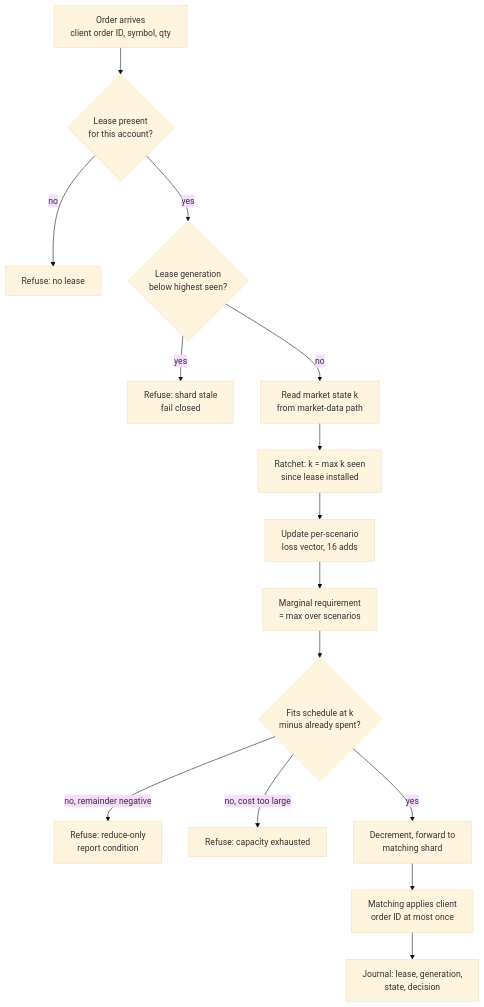
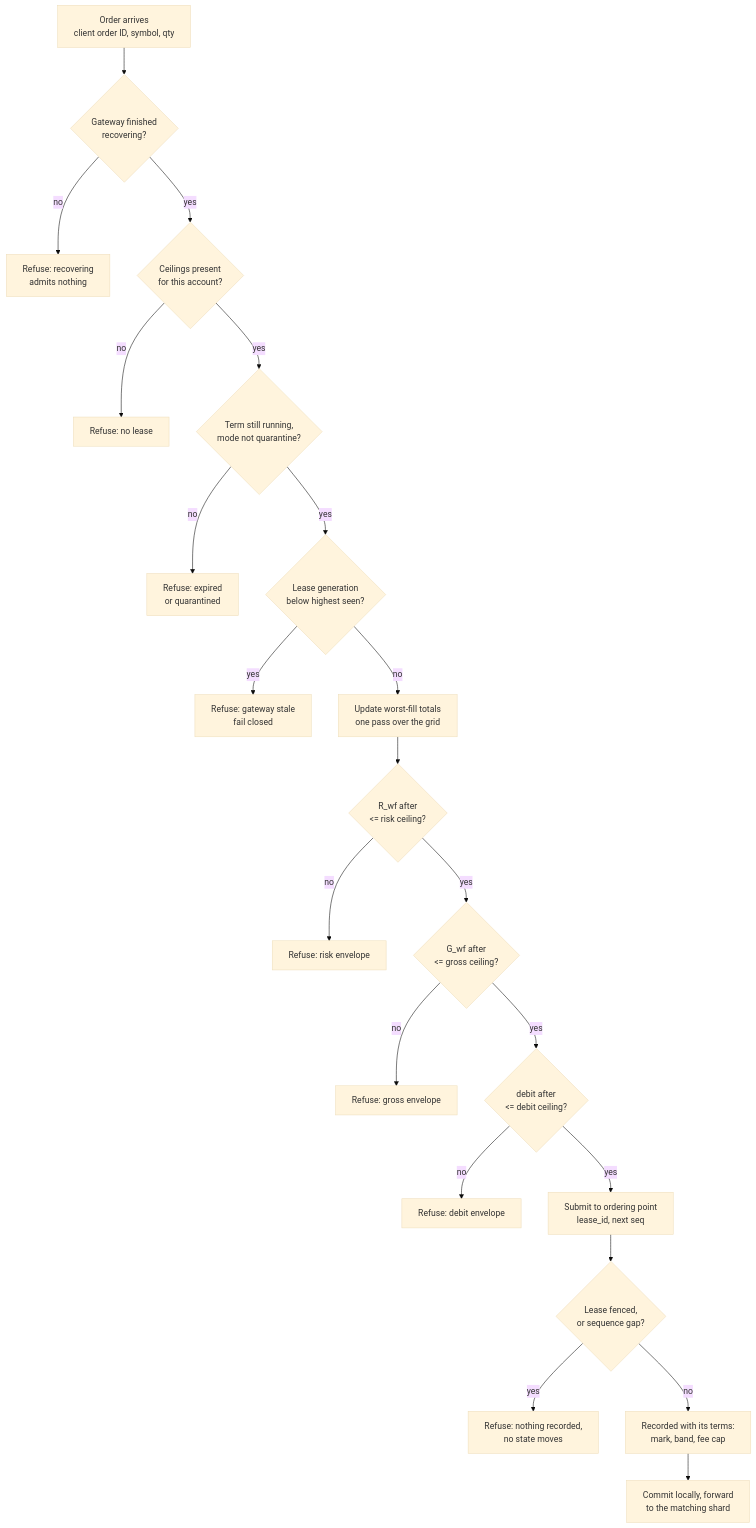
Before and after one commit to liukefan821/marginstream: the second of 4 diagrams in paper/diagrams.md, drawn with Mermaid (base theme). The commit also changed other lines of this file and 9 other files, not shown here.

Commit message:
Whitepaper: final condition in 2.4-2.7, CAP correction in 3.1/3.3, idempotency chain and liquidation in 5.3/5.4, TCB admission in 6.1, ADR-2/3 reversed, four figures redrawn

````diff
--- a/paper/diagrams.md
+++ b/paper/diagrams.md
@@ -74,17 +84,23 @@
 ```mermaid
 flowchart TD
-  O[Order arrives<br/>client order ID, symbol, qty] --> F1{Lease present<br/>for this account?}
+  O[Order arrives<br/>client order ID, symbol, qty] --> F0{Gateway finished<br/>recovering?}
+  F0 -- no --> R0[Refuse: recovering<br/>admits nothing]
+  F0 -- yes --> F1{Ceilings present<br/>for this account?}
   F1 -- no --> R1[Refuse: no lease]
-  F1 -- yes --> F2{Lease generation<br/>below highest seen?}
-  F2 -- yes --> R2[Refuse: shard stale<br/>fail closed]
-  F2 -- no --> S1[Read market state k<br/>from market-data path]
-  S1 --> S2[Ratchet: k = max k seen<br/>since lease installed]
-  S2 --> S3[Update per-scenario<br/>loss vector, 16 adds]
-  S3 --> S4[Marginal requirement<br/>= max over scenarios]
-  S4 --> F3{Fits schedule at k<br/>minus already spent?}
-  F3 -- no, remainder negative --> R3[Refuse: reduce-only<br/>report condition]
-  F3 -- no, cost too large --> R4[Refuse: capacity exhausted]
-  F3 -- yes --> A1[Decrement, forward to<br/>matching shard]
-  A1 --> A2[Matching applies client<br/>order ID at most once]
-  A2 --> A3[Journal: lease, generation,<br/>state, decision]
+  F1 -- yes --> F2{Term still running,<br/>mode not quarantine?}
+  F2 -- no --> R2[Refuse: expired<br/>or quarantined]
+  F2 -- yes --> F3{Lease generation<br/>below highest seen?}
+  F3 -- yes --> R3[Refuse: gateway stale<br/>fail closed]
+  F3 -- no --> S1[Update worst-fill totals<br/>one pass over the grid]
+  S1 --> C1{R_wf after<br/>&lt;= risk ceiling?}
+  C1 -- no --> R4[Refuse: risk envelope]
+  C1 -- yes --> C2{G_wf after<br/>&lt;= gross ceiling?}
+  C2 -- no --> R5[Refuse: gross envelope]
+  C2 -- yes --> C3{debit after<br/>&lt;= debit ceiling?}
+  C3 -- no --> R6[Refuse: debit envelope]
+  C3 -- yes --> SUB[Submit to ordering point<br/>lease_id, next seq]
+  SUB --> F4{Lease fenced,<br/>or sequence gap?}
+  F4 -- yes --> R7[Refuse: nothing recorded,<br/>no state moves]
+  F4 -- no --> A1[Recorded with its terms:<br/>mark, band, fee cap]
+  A1 --> A2[Commit locally, forward<br/>to the matching shard]
 ```
````
